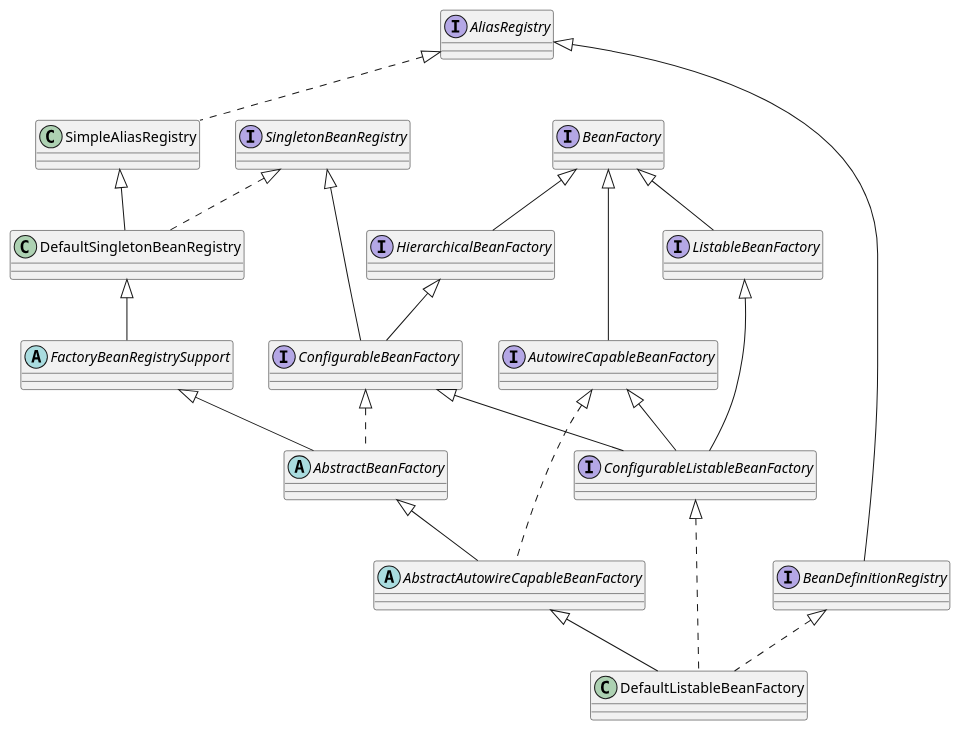
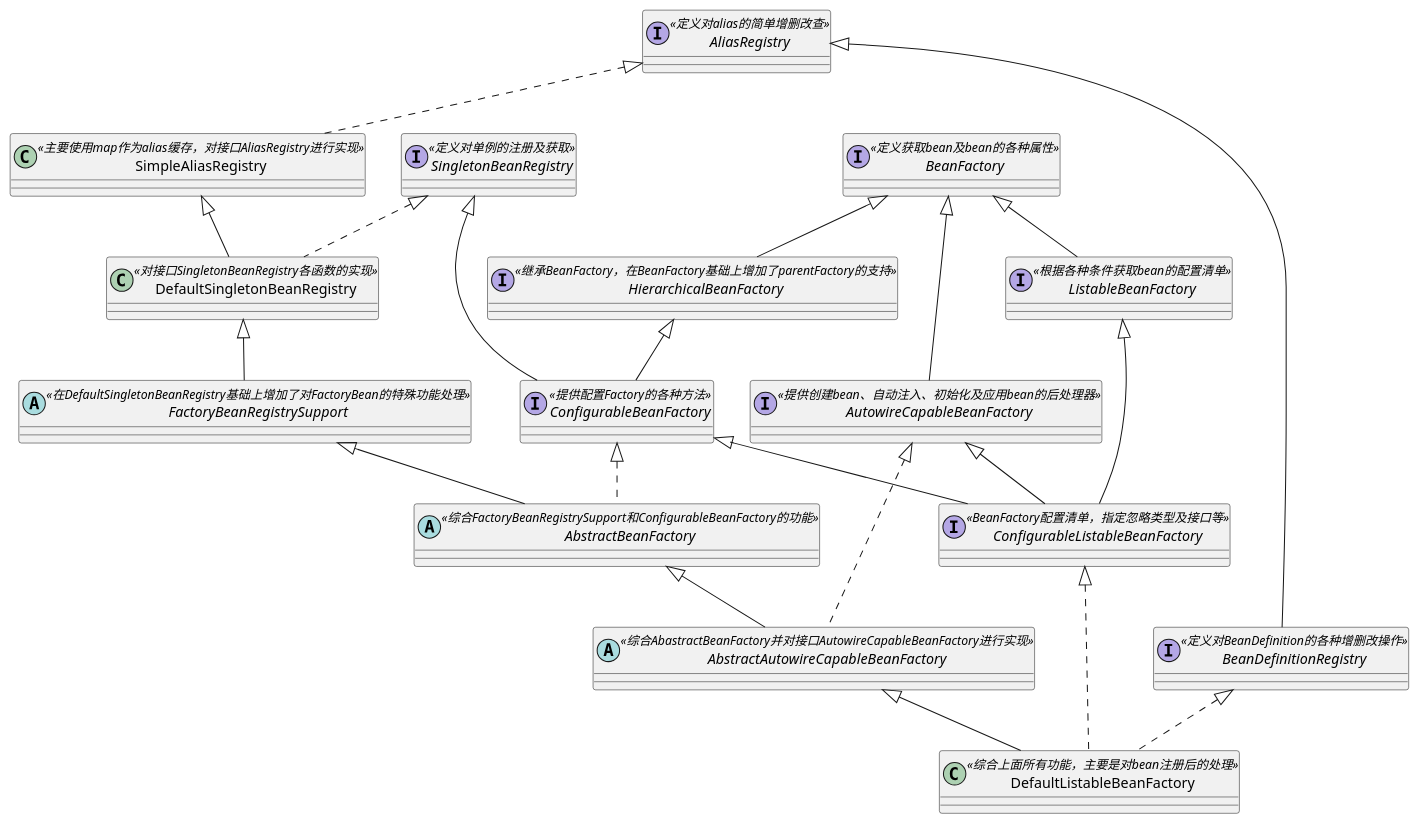
Before and after one commit to xKimi/spring-study: the diagram in src/main/java/beans/beans.puml, drawn with PlantUML.

Commit message:
增加注释

```diff
--- a/src/main/java/beans/beans.puml
+++ b/src/main/java/beans/beans.puml
@@ -1,71 +1,61 @@
 @startuml
 
-class DefaultListableBeanFactory {
-}
+class DefaultListableBeanFactory<<综合上面所有功能，主要是对bean注册后的处理>> {}
 
-abstract class AbstractAutowireCapableBeanFactory {
-}
+abstract class AbstractAutowireCapableBeanFactory<<综合AbastractBeanFactory并对接口AutowireCapableBeanFactory进行实现>> {}
 
-interface ConfigurableListableBeanFactory {
+interface ConfigurableListableBeanFactory<<BeanFactory配置清单，指定忽略类型及接口等>> {}
 
-}
+interface BeanDefinitionRegistry<<定义对BeanDefinition的各种增删改操作>> {}
 
-interface BeanDefinitionRegistry {
+abstract class AbstractBeanFactory<<综合FactoryBeanRegistrySupport和ConfigurableBeanFactory的功能>> {}
 
-}
+abstract class FactoryBeanRegistrySupport<<在DefaultSingletonBeanRegistry基础上增加了对FactoryBean的特殊功能处理>> {}
 
-abstract class AbstractBeanFactory {}
+class DefaultSingletonBeanRegistry<<对接口SingletonBeanRegistry各函数的实现>> {}
 
-abstract class FactoryBeanRegistrySupport {}
+class SimpleAliasRegistry<<主要使用map作为alias缓存，对接口AliasRegistry进行实现>> {}
 
-class DefaultSingletonBeanRegistry {}
+interface AliasRegistry<<定义对alias的简单增删改查>> {}
 
-class SimpleAliasRegistry {}
+interface ConfigurableBeanFactory<<提供配置Factory的各种方法>> {}
 
-interface AliasRegistry {}
+interface HierarchicalBeanFactory<<继承BeanFactory，在BeanFactory基础上增加了parentFactory的支持>> {}
 
-interface SingletonBeanRegistry {}
+interface BeanFactory<<定义获取bean及bean的各种属性>> {}
 
-interface ConfigurableBeanFactory {}
+interface AutowireCapableBeanFactory<<提供创建bean、自动注入、初始化及应用bean的后处理器>> {}
 
-interface HierarchicalBeanFactory {}
+interface ListableBeanFactory<<根据各种条件获取bean的配置清单>> {}
 
-interface BeanFactory {}
-
-interface AutowireCapableBeanFactory {}
-
-interface ListableBeanFactory {}
-
-interface  AutowireCapableBeanFactory {}
-
-interface SingletonBeanRegistry {}
+interface SingletonBeanRegistry<<定义对单例的注册及获取>> {}
 
 ConfigurableListableBeanFactory <|.. DefaultListableBeanFactory
 AbstractAutowireCapableBeanFactory <|-- DefaultListableBeanFactory
 BeanDefinitionRegistry <|.. DefaultListableBeanFactory
 AbstractBeanFactory <|-- AbstractAutowireCapableBeanFactory
 
 AutowireCapableBeanFactory <|.. AbstractAutowireCapableBeanFactory
 FactoryBeanRegistrySupport  <|-- AbstractBeanFactory
 ConfigurableBeanFactory  <|.. AbstractBeanFactory
 DefaultSingletonBeanRegistry  <|-- FactoryBeanRegistrySupport
 SimpleAliasRegistry  <|-- DefaultSingletonBeanRegistry
 AliasRegistry  <|.. SimpleAliasRegistry
 
 SingletonBeanRegistry  <|.. DefaultSingletonBeanRegistry
 
 HierarchicalBeanFactory  <|-- ConfigurableBeanFactory
 BeanFactory <|-- HierarchicalBeanFactory
 
 BeanFactory <|-- AutowireCapableBeanFactory
 
 ListableBeanFactory <|-- ConfigurableListableBeanFactory
 BeanFactory <|-- ListableBeanFactory
 AutowireCapableBeanFactory <|-- ConfigurableListableBeanFactory
 
 ConfigurableBeanFactory <|-- ConfigurableListableBeanFactory
 
 SingletonBeanRegistry <|-- ConfigurableBeanFactory
 
 AliasRegistry <|-- BeanDefinitionRegistry
 @enduml
```
